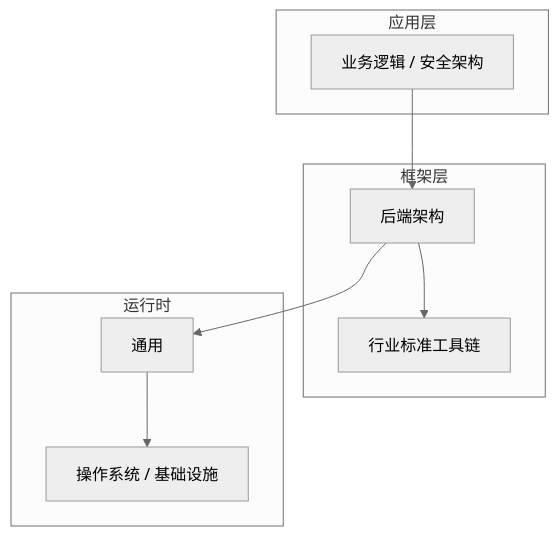
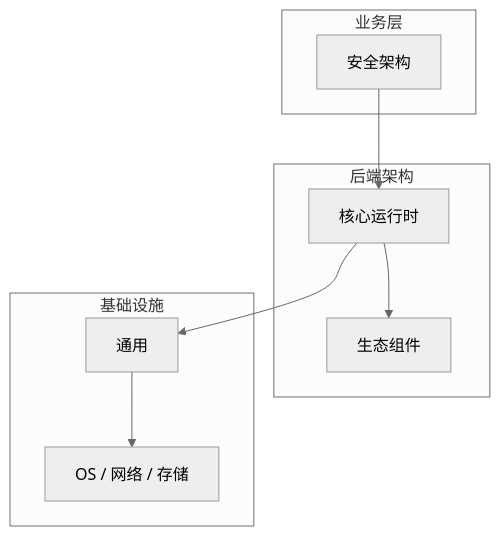
One commit to yanggan2015/knowledge-json-v2 changed the diagram in articles/后端架构/chapters/107-安全架构核心概念与原理.md. Above: the diagram before and after it, drawn with Mermaid (neutral theme). The commit also changed other lines of this file and 10127 other files, not shown here.

````diff
--- a/articles/后端架构/chapters/107-安全架构核心概念与原理.md
+++ b/articles/后端架构/chapters/107-安全架构核心概念与原理.md
@@ -45,18 +34,18 @@
 ```mermaid
 graph TB
-    subgraph 应用层
-        A[业务逻辑 / 安全架构]
+    subgraph 业务层
+        A[安全架构]
     end
-    subgraph 框架层
-        B[后端架构]
-        C[行业标准工具链]
+    subgraph 后端架构
+        B[核心运行时]
+        C[生态组件]
     end
-    subgraph 运行时
+    subgraph 基础设施
         D[通用]
-        E[操作系统 / 基础设施]
+        E[OS / 网络 / 存储]
     end
     A --> B
     B --> C
     B --> D
     D --> E
 ```
````
